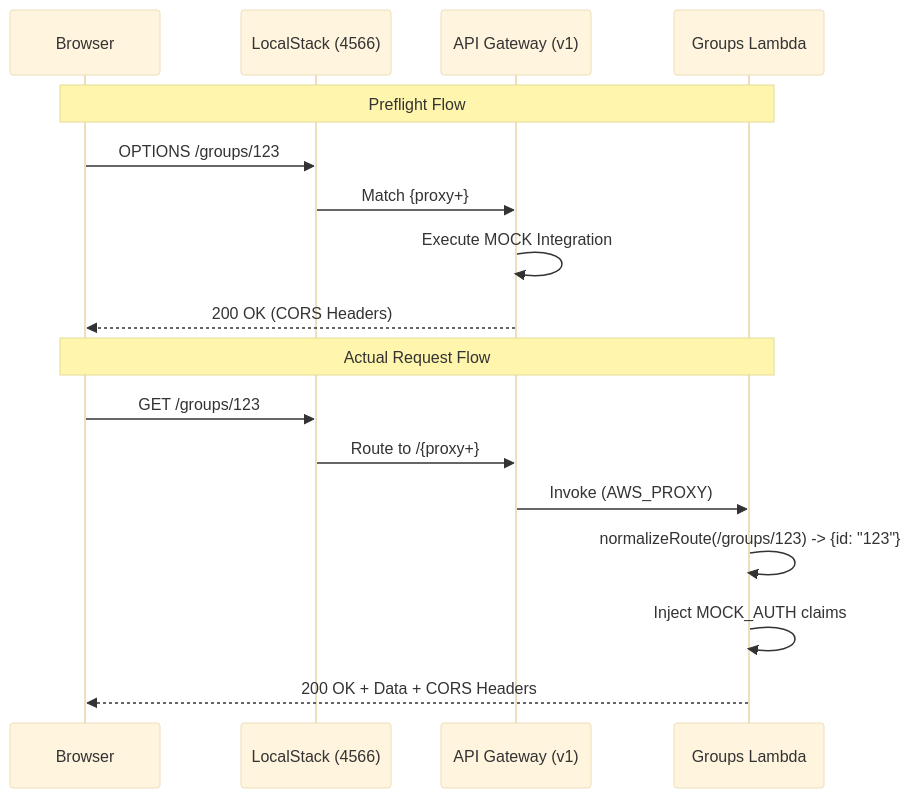
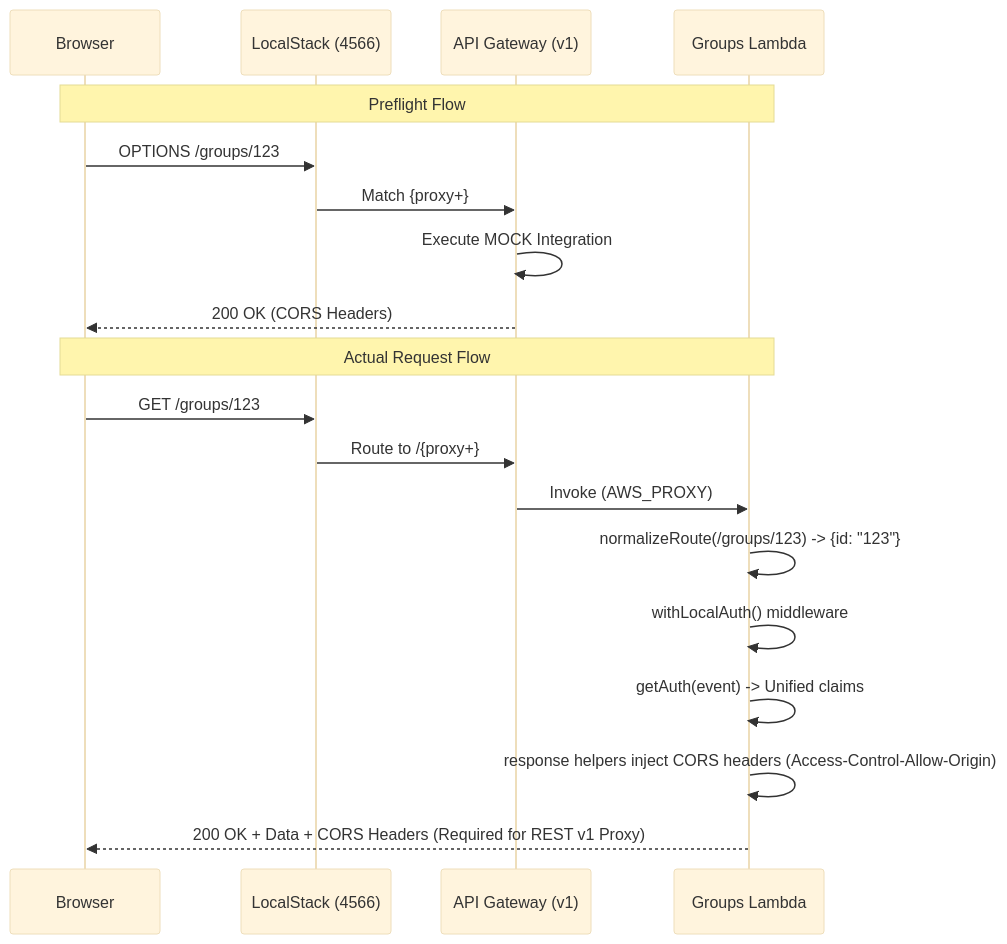
Before and after one commit to kekcoke/costscrunch: the first of 2 diagrams in README.md, drawn with Mermaid (base theme).

````diff
--- a/README.md
+++ b/README.md
@@ -363,21 +363,23 @@
 ```mermaid
 sequenceDiagram
     participant Browser
     participant LS_Edge as LocalStack (4566)
     participant APIGW as API Gateway (v1)
     participant Lambda as Groups Lambda
 
     Note over Browser, Lambda: Preflight Flow
     Browser->>LS_Edge: OPTIONS /groups/123
     LS_Edge->>APIGW: Match {proxy+}
     APIGW->>APIGW: Execute MOCK Integration
     APIGW-->>Browser: 200 OK (CORS Headers)
 
     Note over Browser, Lambda: Actual Request Flow
     Browser->>LS_Edge: GET /groups/123
     LS_Edge->>APIGW: Route to /{proxy+}
     APIGW->>Lambda: Invoke (AWS_PROXY)
     Lambda->>Lambda: normalizeRoute(/groups/123) -> {id: "123"}
-    Lambda->>Lambda: Inject MOCK_AUTH claims
-    Lambda-->>Browser: 200 OK + Data + CORS Headers
+    Lambda->>Lambda: withLocalAuth() middleware
+    Lambda->>Lambda: getAuth(event) -> Unified claims
+    Lambda->>Lambda: response helpers inject CORS headers (Access-Control-Allow-Origin)
+    Lambda-->>Browser: 200 OK + Data + CORS Headers (Required for REST v1 Proxy)
 ```
````
